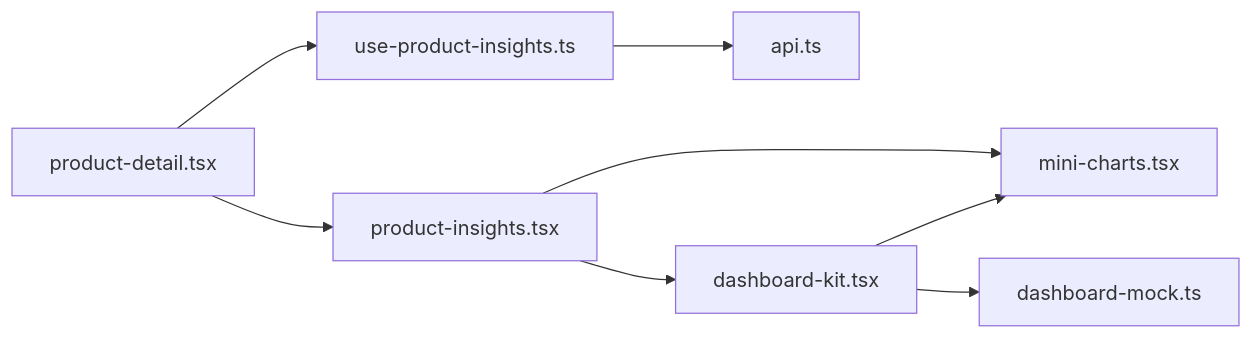
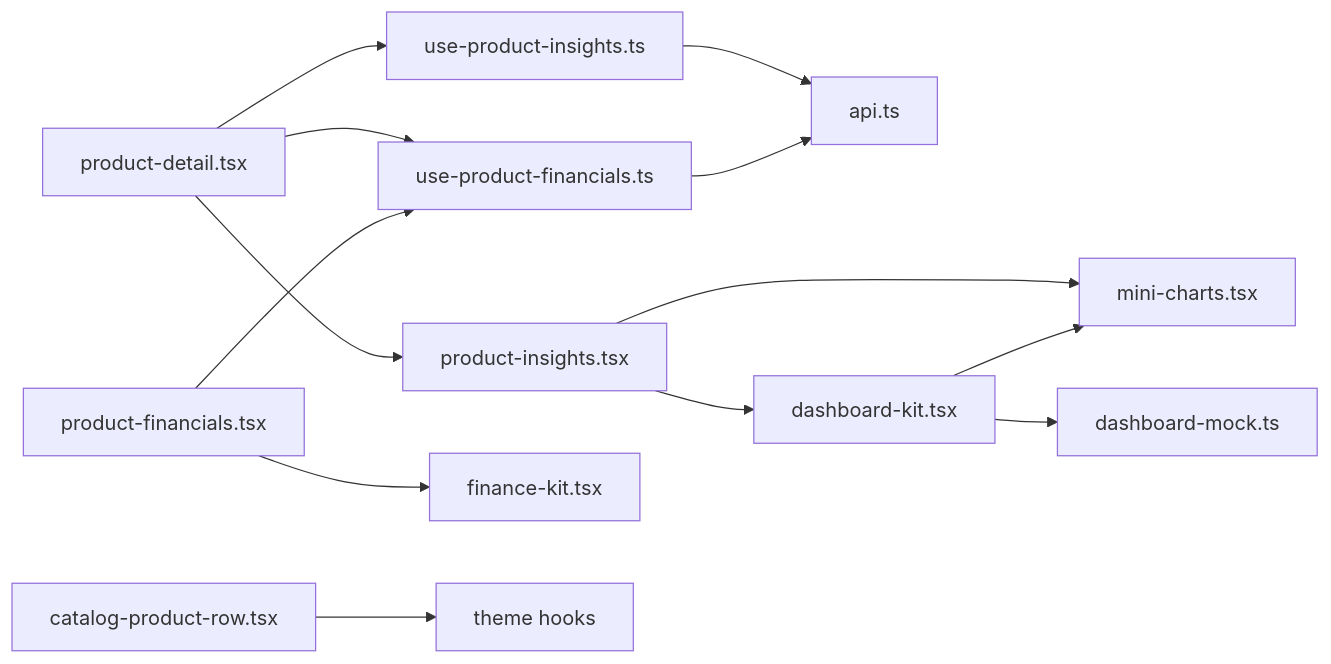
The sixth of 6 diagrams in .qoder/repowiki/en/content/Product Management/Product Insights & Analytics.md (Muhammad-Masood/tijarah-ai-app), drawn with Mermaid before and after one commit. The commit also changed other lines of this file and 11 other files, not shown here.

````diff
--- a/.qoder/repowiki/en/content/Product Management/Product Insights & Analytics.md
+++ b/.qoder/repowiki/en/content/Product Management/Product Insights & Analytics.md
@@ -334,10 +374,15 @@
 ```mermaid
 graph LR
 PD["product-detail.tsx"] --> UPI["use-product-insights.ts"]
+PD --> UPF["use-product-financials.ts"]
 PD --> PIP["product-insights.tsx"]
 UPI --> API["api.ts"]
+UPF --> API
 PIP --> MC["mini-charts.tsx"]
 PIP --> DK["dashboard-kit.tsx"]
+PFS["product-financials.tsx"] --> FK["finance-kit.tsx"]
+PFS --> UPF
+CPR["catalog-product-row.tsx"] --> Theme["theme hooks"]
 DK --> MC
 DK --> DM["dashboard-mock.ts"]
 ```
````
